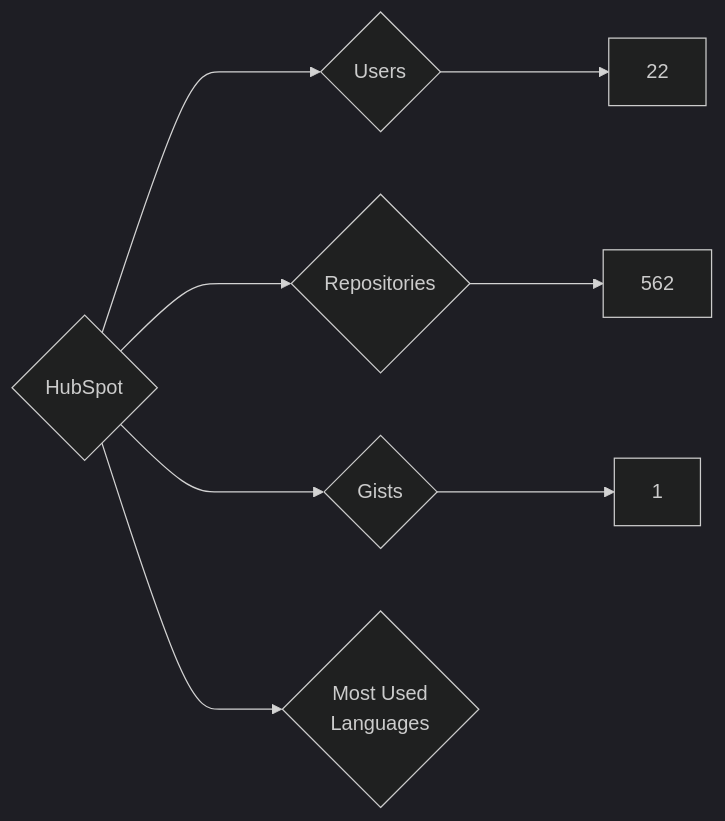
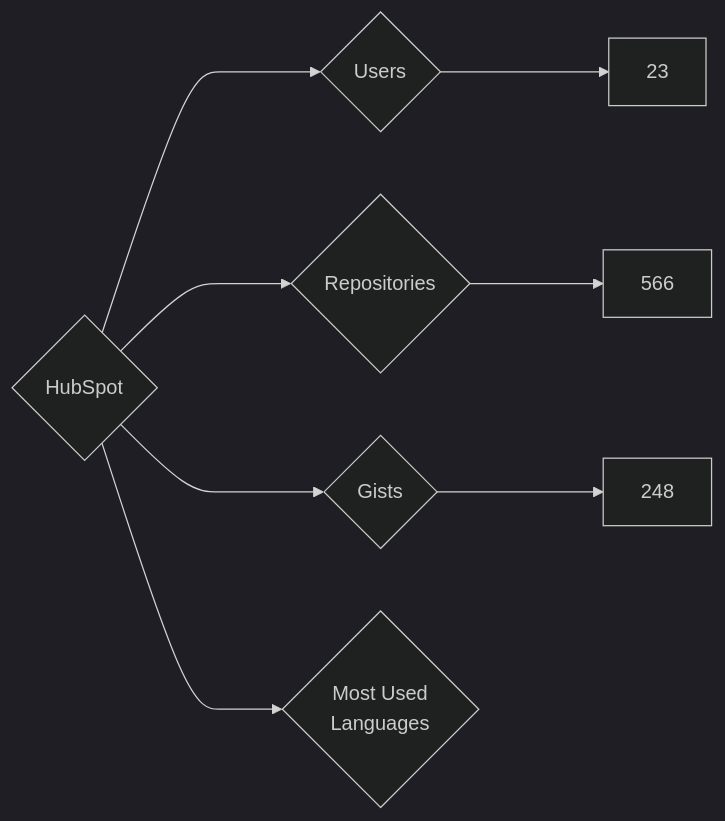
One commit to nenadzaric/insiders changed the diagram in targets/HubSpot/README.md. Above: the diagram before and after it, drawn with Mermaid (dark theme). The commit also changed 1342 other files, not shown here.

````diff
--- a/targets/HubSpot/README.md
+++ b/targets/HubSpot/README.md
@@ -3,8 +3,8 @@
 ```mermaid
 graph LR
 COMPANY_NAME{HubSpot}
-COMPANY_NAME ---> U{Users} ---> UN[22]
-COMPANY_NAME ---> R{Repositories} ---> RN[562]
-COMPANY_NAME ---> G{Gists} ---> GN[1]
+COMPANY_NAME ---> U{Users} ---> UN[23]
+COMPANY_NAME ---> R{Repositories} ---> RN[566]
+COMPANY_NAME ---> G{Gists} ---> GN[248]
 COMPANY_NAME ---> ML{Most Used<br>Languages}
 ```
````
